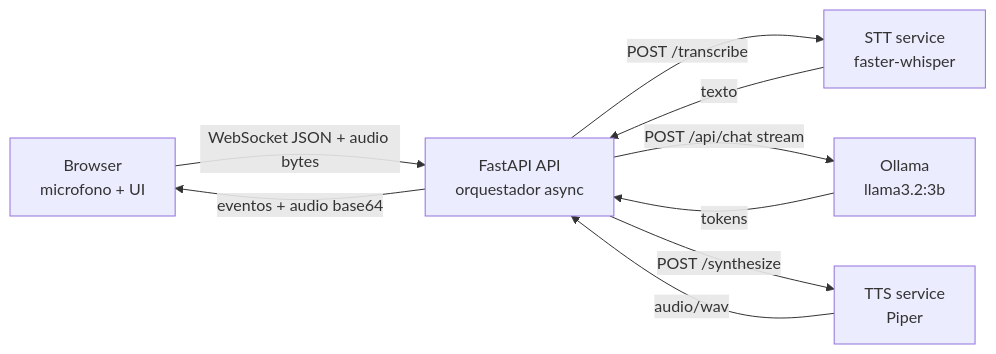
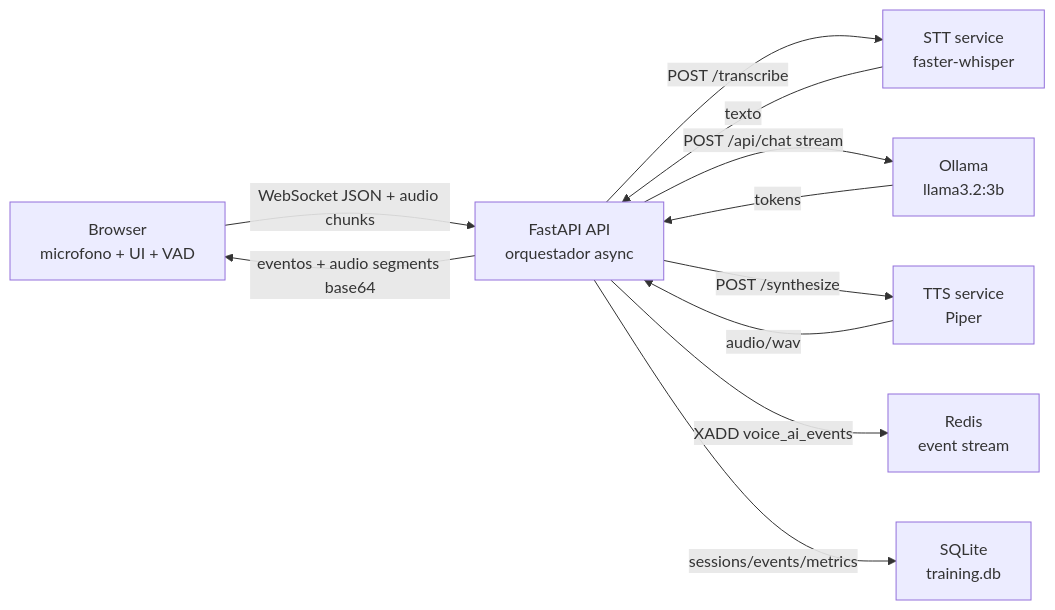
Before and after one commit to erdrako/voice-ai-streaming-trainer: the first of 5 diagrams in docs/diagrams.md, drawn with Mermaid. The commit also changed other lines of this file and 18 other files, not shown here.

Commit message:
Evolve voice training workflow

````diff
--- a/docs/diagrams.md
+++ b/docs/diagrams.md
@@ -5,11 +5,13 @@
 ```mermaid
 flowchart LR
-    Browser["Browser<br/>microfono + UI"] -->|WebSocket JSON + audio bytes| API["FastAPI API<br/>orquestador async"]
+    Browser["Browser<br/>microfono + UI + VAD"] -->|WebSocket JSON + audio chunks| API["FastAPI API<br/>orquestador async"]
     API -->|POST /transcribe| STT["STT service<br/>faster-whisper"]
     API -->|POST /api/chat stream| Ollama["Ollama<br/>llama3.2:3b"]
     API -->|POST /synthesize| TTS["TTS service<br/>Piper"]
+    API -->|XADD voice_ai_events| Redis["Redis<br/>event stream"]
+    API -->|sessions/events/metrics| SQLite["SQLite<br/>training.db"]
     TTS -->|audio/wav| API
     Ollama -->|tokens| API
     STT -->|texto| API
-    API -->|eventos + audio base64| Browser
+    API -->|eventos + audio segments base64| Browser
 ```
````
